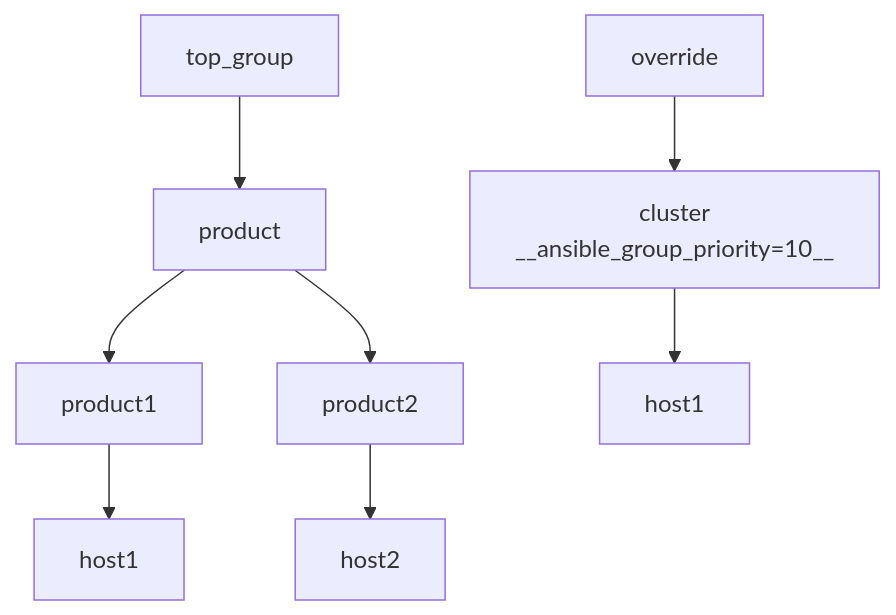
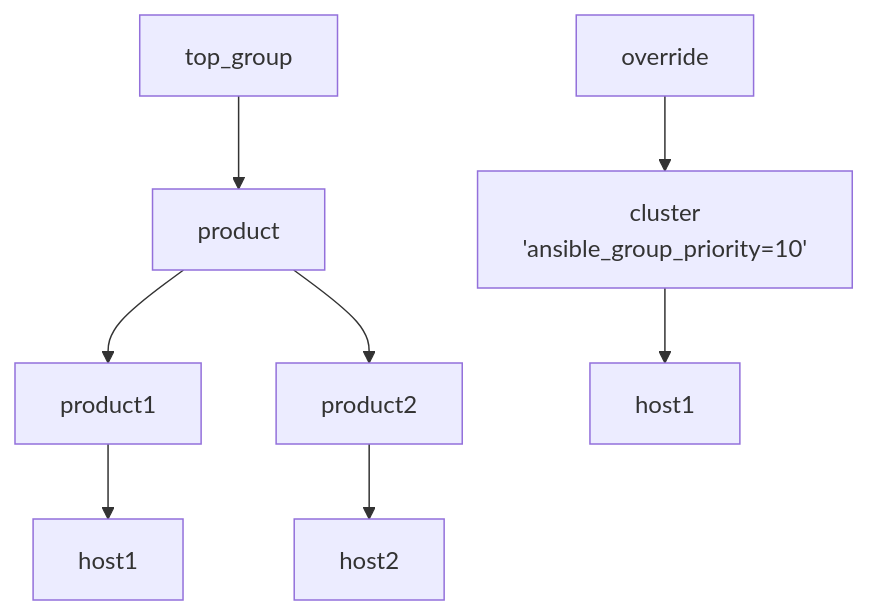
Before and after one commit to lj020326/Ansible-inventory-file-examples: the diagram in tests/ansible-group-priority/example3/README.md, drawn with Mermaid.

Commit message:
develop-lj - 	modified:   tests/ansible-group-priority/example3/README.md

````diff
--- a/tests/ansible-group-priority/example3/README.md
+++ b/tests/ansible-group-priority/example3/README.md
@@ -11,10 +11,10 @@
 ```mermaid
 graph TD;
     A[top_group] --> C[product]
-    B[override] --> F[cluster<br>__ansible_group_priority=10__]
+    B[override] --> F[cluster<br>'ansible_group_priority=10']
     C --> D["product1"]
     C --> E["product2"]
     D --> H["host1"]
     E --> I["host2"]
     F --> J["host1"]
 ```
````
